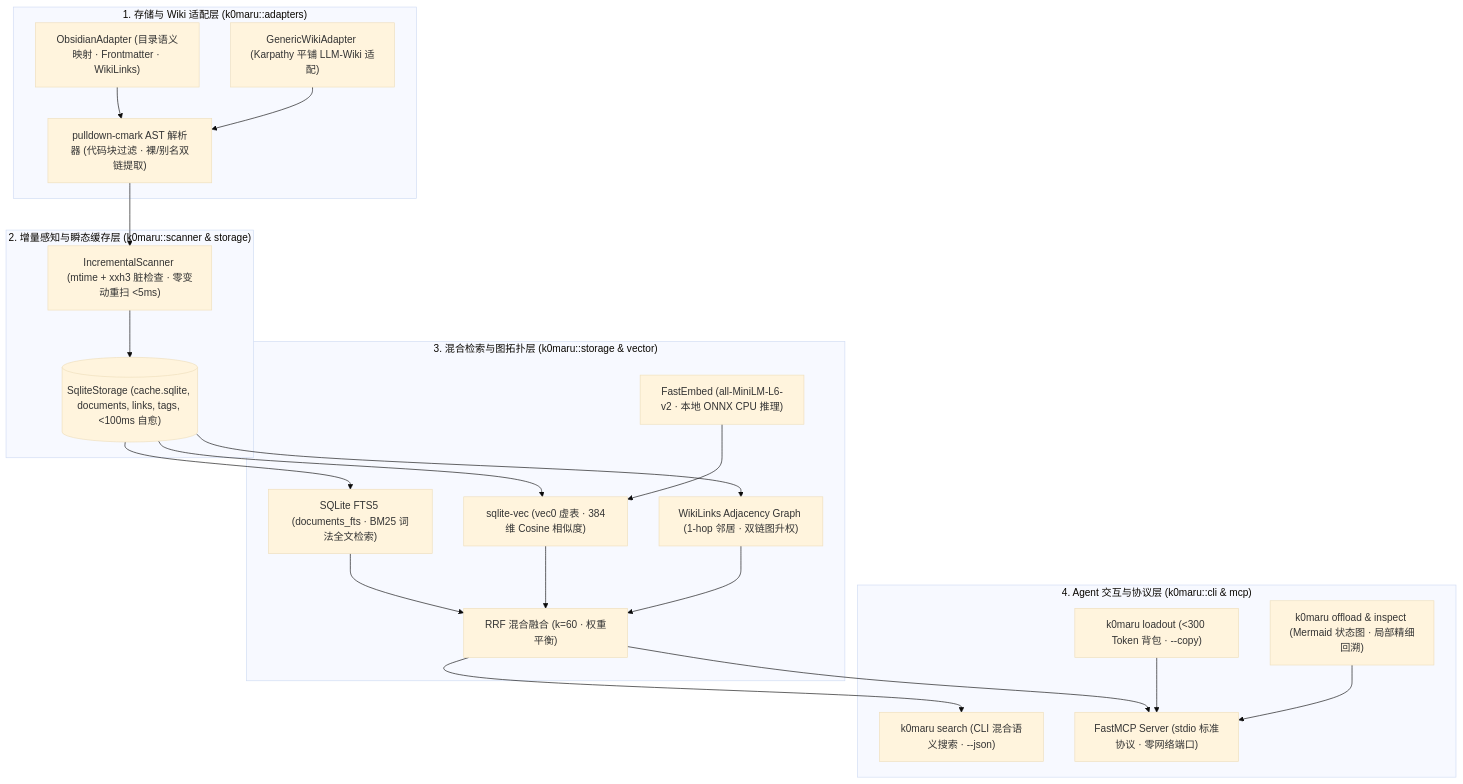
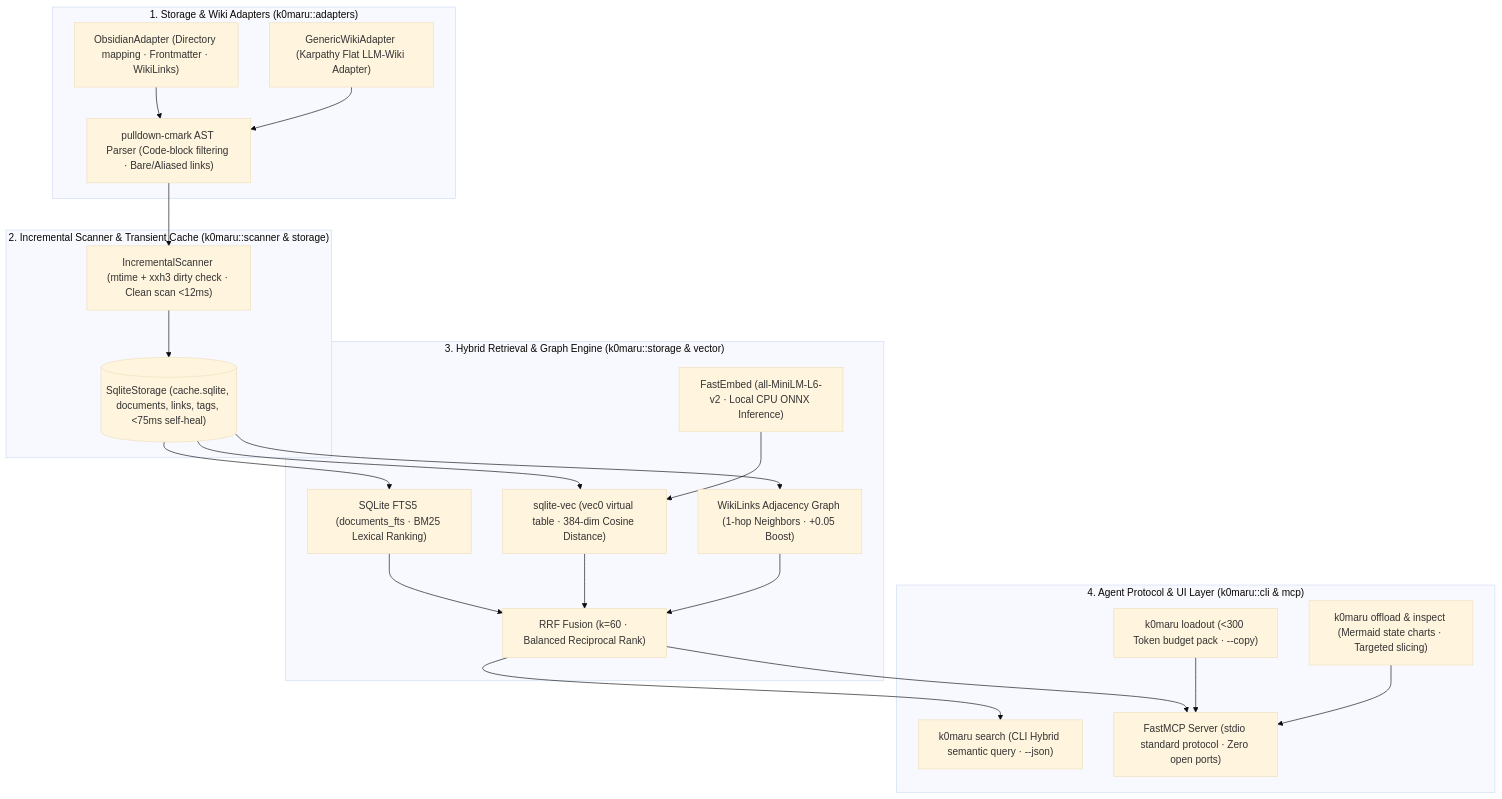
Before and after one commit to K0maru/k0maru-agent-memory: the second of 2 diagrams in README.md, drawn with Mermaid (base theme). The commit also changed other lines of this file and 5 other files, not shown here.

````diff
--- a/README.md
+++ b/README.md
@@ -152,38 +152,38 @@
 ```mermaid
 graph TD
-    subgraph L1 ["1. 存储与 Wiki 适配层 (k0maru::adapters)"]
-        Obsidian["ObsidianAdapter (目录语义映射 · Frontmatter · WikiLinks)"]
-        Generic["GenericWikiAdapter (Karpathy 平铺 LLM-Wiki 适配)"]
-        Parser["pulldown-cmark AST 解析器 (代码块过滤 · 裸/别名双链提取)"]
+    subgraph L1 ["1. Storage & Wiki Adapters (k0maru::adapters)"]
+        Obsidian["ObsidianAdapter (Directory mapping · Frontmatter · WikiLinks)"]
+        Generic["GenericWikiAdapter (Karpathy Flat LLM-Wiki Adapter)"]
+        Parser["pulldown-cmark AST Parser (Code-block filtering · Bare/Aliased links)"]
     end
 
-    subgraph L2 ["2. 增量感知与瞬态缓存层 (k0maru::scanner & storage)"]
-        Scanner["IncrementalScanner (mtime + xxh3 脏检查 · 零变动重扫 <5ms)"]
-        Storage[("SqliteStorage (cache.sqlite, documents, links, tags, <100ms 自愈)")]
+    subgraph L2 ["2. Incremental Scanner & Transient Cache (k0maru::scanner & storage)"]
+        Scanner["IncrementalScanner (mtime + xxh3 dirty check · Clean scan <12ms)"]
+        Storage[("SqliteStorage (cache.sqlite, documents, links, tags, <75ms self-heal)")]
     end
 
-    subgraph L3 ["3. 混合检索与图拓扑层 (k0maru::storage & vector)"]
-        FTS5["SQLite FTS5 (documents_fts · BM25 词法全文检索)"]
-        Vec["sqlite-vec (vec0 虚表 · 384维 Cosine 相似度)"]
-        FastEmbed["FastEmbed (all-MiniLM-L6-v2 · 本地 ONNX CPU 推理)"]
-        RRF["RRF 混合融合 (k=60 · 权重平衡)"]
-        Graph["WikiLinks Adjacency Graph (1-hop 邻居 · 双链图升权)"]
+    subgraph L3 ["3. Hybrid Retrieval & Graph Engine (k0maru::storage & vector)"]
+        FTS5["SQLite FTS5 (documents_fts · BM25 Lexical Ranking)"]
+        Vec["sqlite-vec (vec0 virtual table · 384-dim Cosine Distance)"]
+        FastEmbed["FastEmbed (all-MiniLM-L6-v2 · Local CPU ONNX Inference)"]
+        RRF["RRF Fusion (k=60 · Balanced Reciprocal Rank)"]
+        Graph["WikiLinks Adjacency Graph (1-hop Neighbors · +0.05 Boost)"]
     end
 
-    subgraph L4 ["4. Agent 交互与协议层 (k0maru::cli & mcp)"]
-        Loadout["k0maru loadout (<300 Token 背包 · --copy)"]
-        Offload["k0maru offload & inspect (Mermaid 状态图 · 局部精细回溯)"]
-        Search["k0maru search (CLI 混合语义搜索 · --json)"]
-        MCP["FastMCP Server (stdio 标准协议 · 零网络端口)"]
+    subgraph L4 ["4. Agent Protocol & UI Layer (k0maru::cli & mcp)"]
+        Loadout["k0maru loadout (<300 Token budget pack · --copy)"]
+        Offload["k0maru offload & inspect (Mermaid state charts · Targeted slicing)"]
+        Search["k0maru search (CLI Hybrid semantic query · --json)"]
+        MCP["FastMCP Server (stdio standard protocol · Zero open ports)"]
     end
 
     Obsidian & Generic --> Parser
     Parser --> Scanner
     Scanner --> Storage
     Storage --> FTS5 & Vec & Graph
     FastEmbed --> Vec
     FTS5 & Vec & Graph --> RRF
     RRF --> Search
     RRF --> MCP
     Loadout & Offload --> MCP
 ```
````
